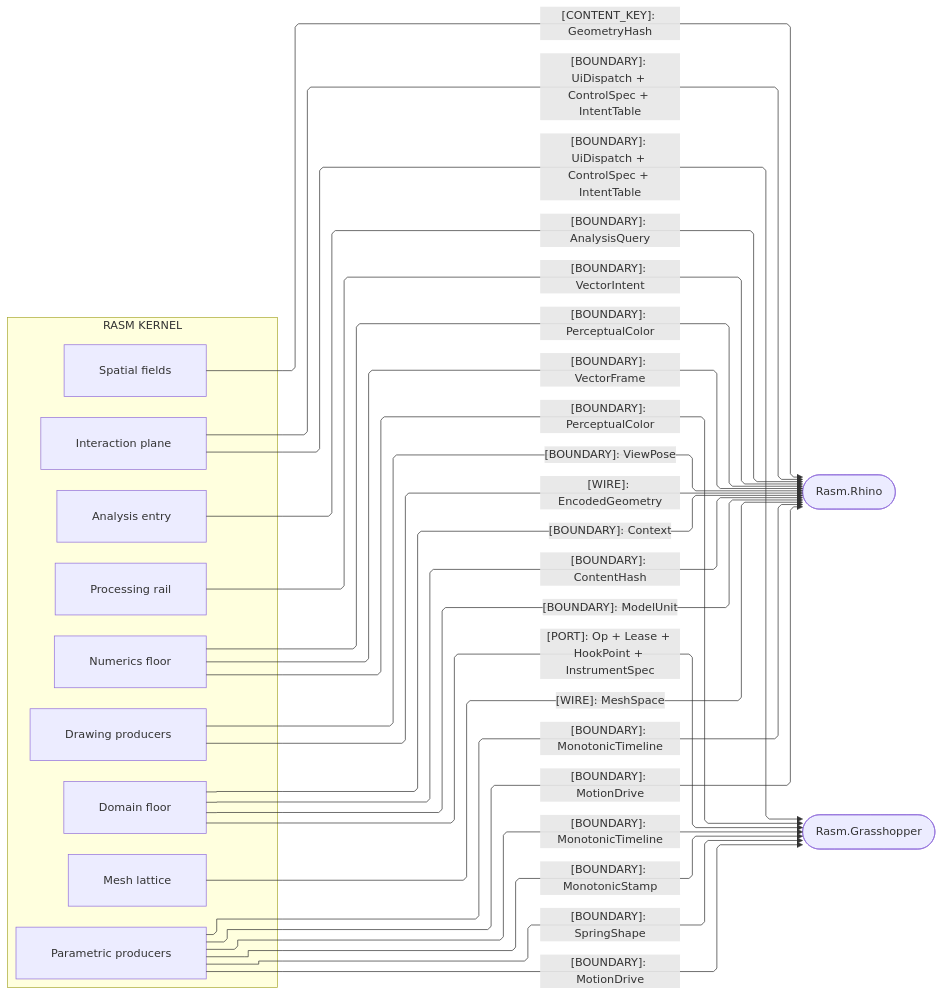
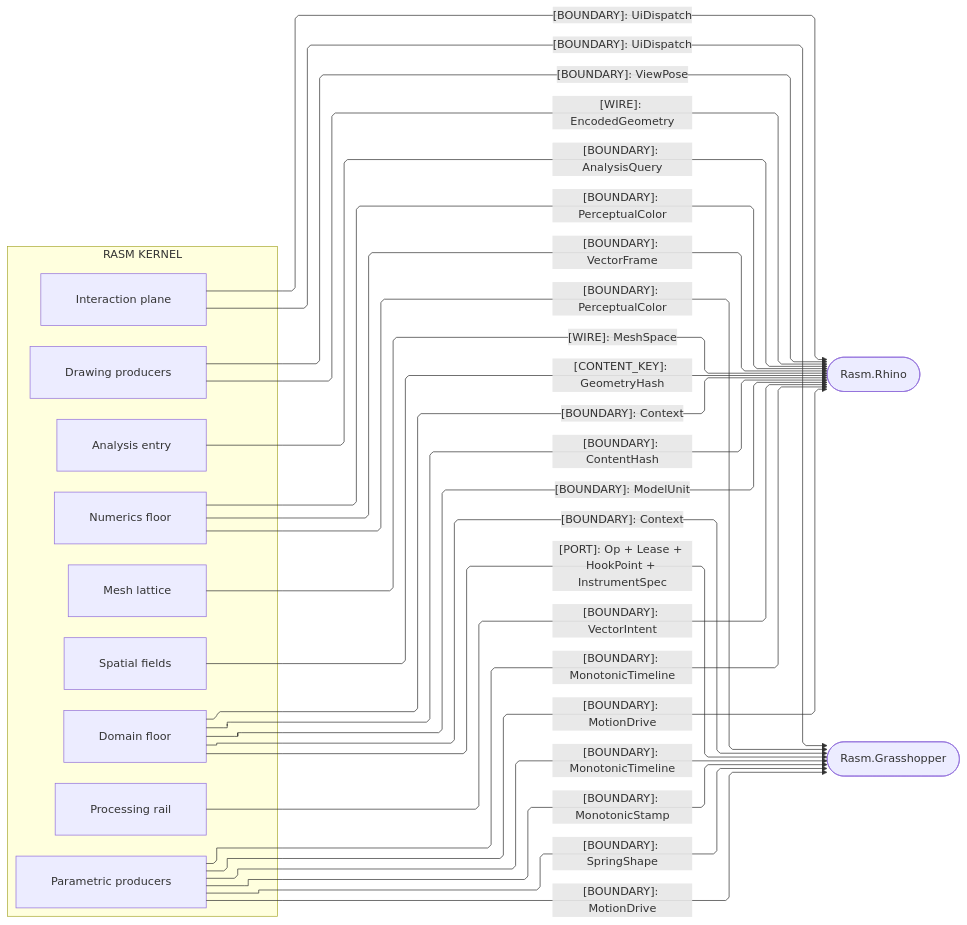
Before and after one commit to bsamiee/Rasm: the fourth of 4 diagrams in libs/csharp/Rasm/ARCHITECTURE.md, drawn with Mermaid. The commit also changed other lines of this file and 115 other files, not shown here.

````diff
--- a/libs/csharp/Rasm/ARCHITECTURE.md
+++ b/libs/csharp/Rasm/ARCHITECTURE.md
@@ -294,46 +290,47 @@
 ```mermaid
 ---
 config:
   layout: elk
   flowchart:
     curve: linear
     padding: 25
 ---
 flowchart LR
     accTitle: Kernel host-UI boundary seams
-    accDescr: Kernel sub-domain owners handing frozen-name boundary contracts, geometry wires, content keys, and the causal-frame port to the Rhino and Grasshopper host packages, every rail one-way down from the kernel.
+    accDescr: Which boundary contracts, wires, and keys the kernel hands one-way down to the Rhino and Grasshopper host packages.
     subgraph rasm[RASM KERNEL]
         Domain[Domain floor]
         Numerics[Numerics floor]
         Spatial[Spatial fields]
         Meshing[Mesh lattice]
         Parametric[Parametric producers]
         Processing[Processing rail]
         Drawing[Drawing producers]
         Analysis[Analysis entry]
         Interaction[Interaction plane]
     end
     Rhino([Rasm.Rhino])
     Grasshopper([Rasm.Grasshopper])
-    Numerics e8@-->|"[BOUNDARY]: PerceptualColor"| Rhino
-    Numerics e9@-->|"[BOUNDARY]: PerceptualColor"| Grasshopper
-    Domain e16@-->|"[BOUNDARY]: Context"| Rhino
-    Domain e17@-->|"[BOUNDARY]: ContentHash"| Rhino
-    Parametric e10@-->|"[BOUNDARY]: MonotonicTimeline"| Rhino
-    Parametric e11@-->|"[BOUNDARY]: MonotonicTimeline"| Grasshopper
-    Processing e12@-->|"[BOUNDARY]: VectorIntent"| Rhino
-    Analysis e13@-->|"[BOUNDARY]: AnalysisQuery"| Rhino
-    Domain e14@-->|"[BOUNDARY]: ModelUnit"| Rhino
-    Numerics e15@-->|"[BOUNDARY]: VectorFrame"| Rhino
-    Drawing e18@-->|"[BOUNDARY]: ViewPose"| Rhino
-    Drawing e19@-->|"[WIRE]: EncodedGeometry"| Rhino
-    Meshing e20@-->|"[WIRE]: MeshSpace"| Rhino
-    Spatial e21@-->|"[CONTENT_KEY]: GeometryHash"| Rhino
-    Parametric e22@-->|"[BOUNDARY]: MonotonicStamp"| Grasshopper
-    Parametric e23@-->|"[BOUNDARY]: SpringShape"| Grasshopper
-    Domain e24@-->|"[PORT]: Op + Lease + HookPoint + InstrumentSpec"| Grasshopper
-    Parametric e25@-->|"[BOUNDARY]: MotionDrive"| Rhino
-    Parametric e26@-->|"[BOUNDARY]: MotionDrive"| Grasshopper
-    Interaction e27@-->|"[BOUNDARY]: UiDispatch + ControlSpec + IntentTable"| Rhino
-    Interaction e28@-->|"[BOUNDARY]: UiDispatch + ControlSpec + IntentTable"| Grasshopper
+    Numerics e1@-->|"[BOUNDARY]: PerceptualColor"| Rhino
+    Numerics e2@-->|"[BOUNDARY]: PerceptualColor"| Grasshopper
+    Domain e3@-->|"[BOUNDARY]: Context"| Rhino
+    Domain e4@-->|"[BOUNDARY]: Context"| Grasshopper
+    Domain e5@-->|"[BOUNDARY]: ContentHash"| Rhino
+    Parametric e6@-->|"[BOUNDARY]: MonotonicTimeline"| Rhino
+    Parametric e7@-->|"[BOUNDARY]: MonotonicTimeline"| Grasshopper
+    Processing e8@-->|"[BOUNDARY]: VectorIntent"| Rhino
+    Analysis e9@-->|"[BOUNDARY]: AnalysisQuery"| Rhino
+    Domain e10@-->|"[BOUNDARY]: ModelUnit"| Rhino
+    Numerics e11@-->|"[BOUNDARY]: VectorFrame"| Rhino
+    Drawing e12@-->|"[BOUNDARY]: ViewPose"| Rhino
+    Drawing e13@-->|"[WIRE]: EncodedGeometry"| Rhino
+    Meshing e14@-->|"[WIRE]: MeshSpace"| Rhino
+    Spatial e15@-->|"[CONTENT_KEY]: GeometryHash"| Rhino
+    Parametric e16@-->|"[BOUNDARY]: MonotonicStamp"| Grasshopper
+    Parametric e17@-->|"[BOUNDARY]: SpringShape"| Grasshopper
+    Domain e18@-->|"[PORT]: Op + Lease + HookPoint + InstrumentSpec"| Grasshopper
+    Parametric e19@-->|"[BOUNDARY]: MotionDrive"| Rhino
+    Parametric e20@-->|"[BOUNDARY]: MotionDrive"| Grasshopper
+    Interaction e21@-->|"[BOUNDARY]: UiDispatch"| Rhino
+    Interaction e22@-->|"[BOUNDARY]: UiDispatch"| Grasshopper
 ```
````
